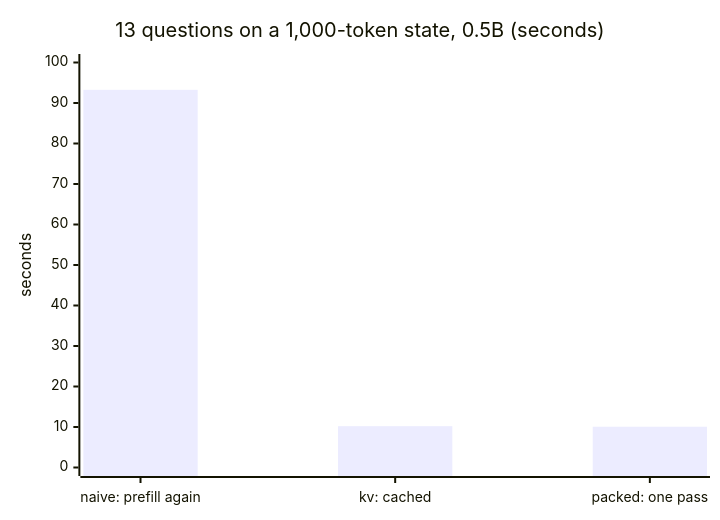
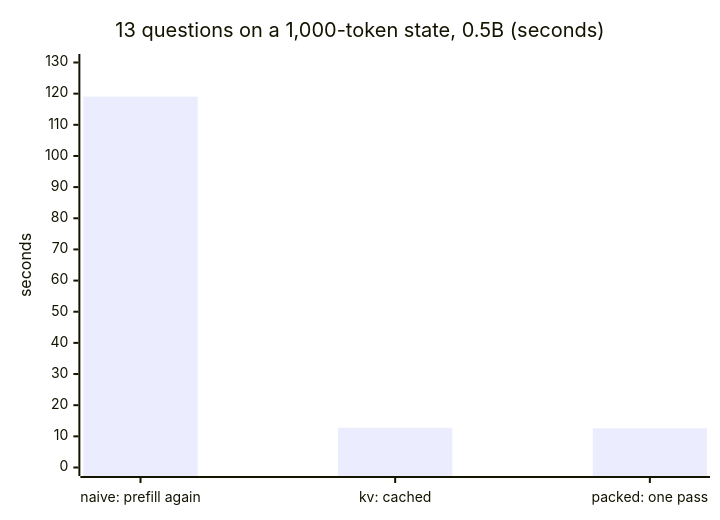
Before and after one commit to Obi-Wan-Clemobi/minijev: the tenth of 18 diagrams in docs/WALKTHROUGH.md, drawn with Mermaid. The commit also changed other lines of this file and 15 other files, not shown here.

````diff
--- a/docs/WALKTHROUGH.md
+++ b/docs/WALKTHROUGH.md
@@ -307,7 +307,7 @@
 ```mermaid
 xychart-beta
     title "13 questions on a 1,000-token state, 0.5B (seconds)"
     x-axis ["naive: prefill again", "kv: cached", "packed: one pass"]
-    y-axis "seconds" 0 --> 100
-    bar [93.25, 10.20, 10.07]
+    y-axis "seconds" 0 --> 130
+    bar [119.05, 12.76, 12.59]
 ```
````
